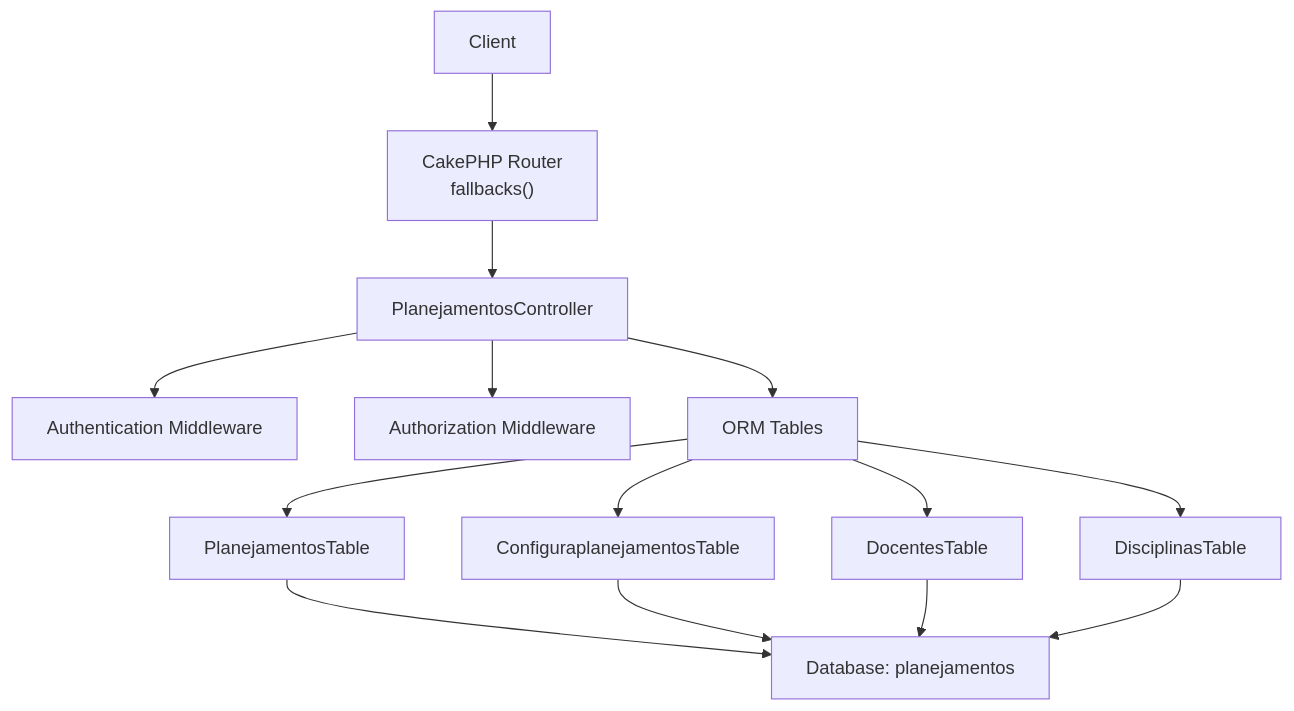
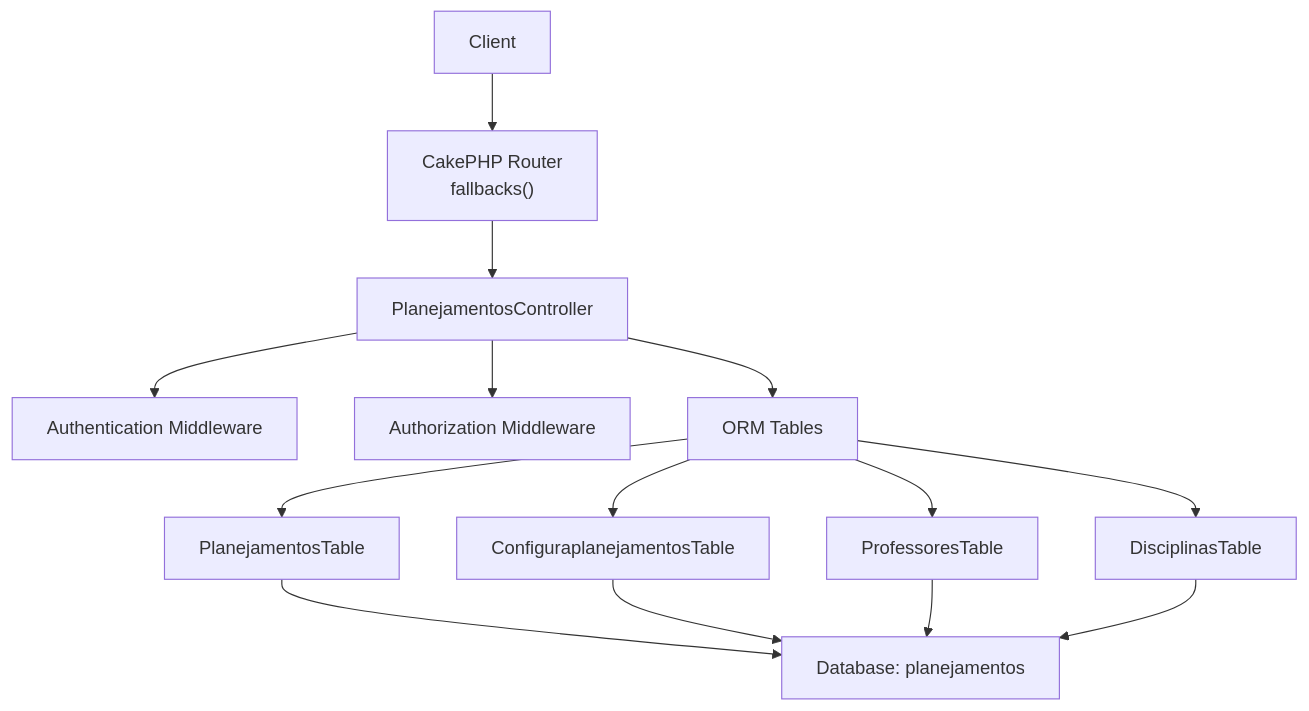
One commit to luiseduacosta/planejamento5 changed the first of 3 diagrams in .qoder/repowiki/en/content/API Reference/Schedule Management API.md. Above: the diagram before and after it, drawn with Mermaid. The commit also changed other lines of this file and 37 other files, not shown here.

Commit message:
repowiki: rename Docentes → Professores in metadata

````diff
--- a/.qoder/repowiki/en/content/API Reference/Schedule Management API.md
+++ b/.qoder/repowiki/en/content/API Reference/Schedule Management API.md
@@ -33,16 +33,16 @@
 ```mermaid
 graph TB
 Client["Client"] --> Router["CakePHP Router<br/>fallbacks()"]
 Router --> Ctrl["PlanejamentosController"]
 Ctrl --> Auth["Authentication Middleware"]
 Ctrl --> Authz["Authorization Middleware"]
 Ctrl --> ORM["ORM Tables"]
 ORM --> T_P["PlanejamentosTable"]
 ORM --> T_C["ConfiguraplanejamentosTable"]
-ORM --> T_Doc["DocentesTable"]
+ORM --> T_Doc["ProfessoresTable"]
 ORM --> T_Dis["DisciplinasTable"]
 T_P --> DB["Database: planejamentos"]
 T_C --> DB
 T_Doc --> DB
 T_Dis --> DB
 ```
````
